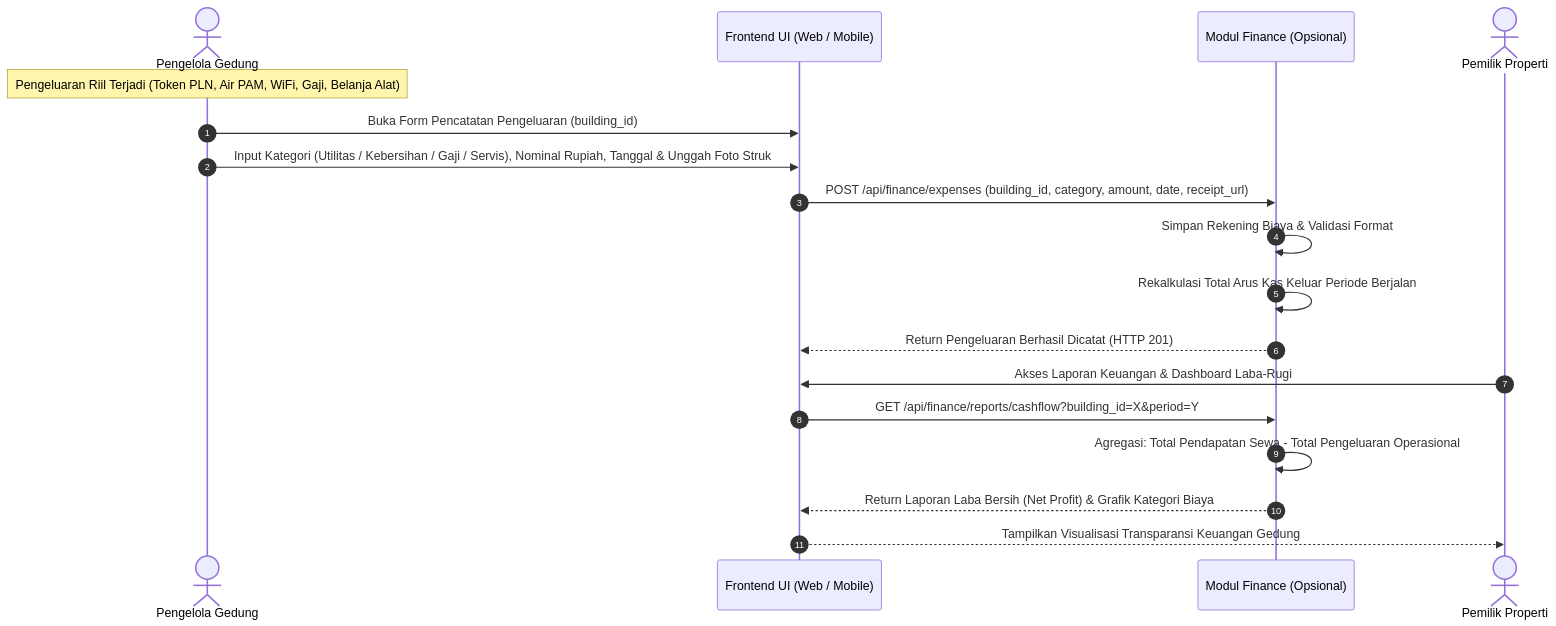
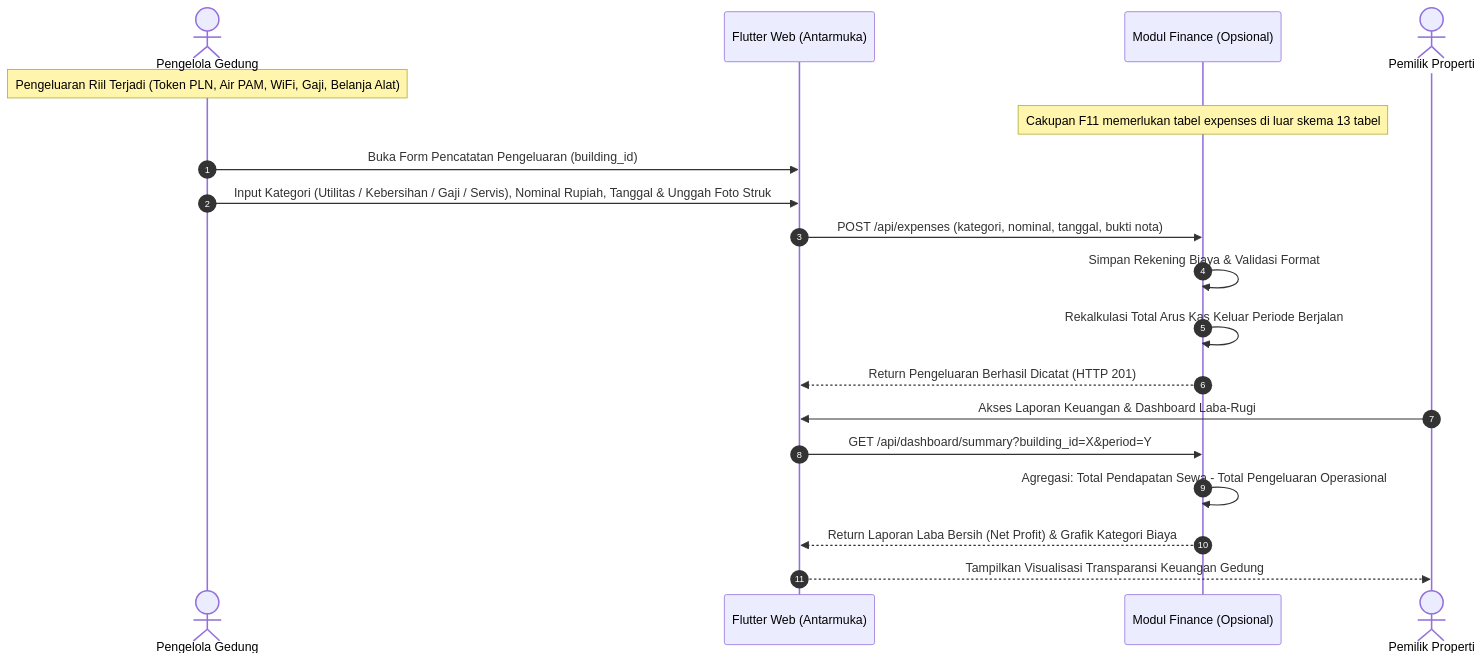
Before and after one commit to ALFIAN-code/management-kost: the diagram in PA/docs/System design/02-BPMN/05_pengeluaran_operasional/alur_pengeluaran_operasional.mmd, drawn with Mermaid. The commit also changed 221 other files, not shown here.

```diff
--- a/PA/docs/System design/02-BPMN/05_pengeluaran_operasional/alur_pengeluaran_operasional.mmd
+++ b/PA/docs/System design/02-BPMN/05_pengeluaran_operasional/alur_pengeluaran_operasional.mmd
@@ -1,21 +1,22 @@
 sequenceDiagram
   autonumber
   actor Admin as Pengelola Gedung
-  participant FE as Frontend UI (Web / Mobile)
+  participant FE as Flutter Web (Antarmuka)
   participant Fin as Modul Finance (Opsional)
   actor Owner as Pemilik Properti
 
   Note over Admin: Pengeluaran Riil Terjadi (Token PLN, Air PAM, WiFi, Gaji, Belanja Alat)
+  Note over Fin: Cakupan F11 memerlukan tabel expenses di luar skema 13 tabel
   Admin->>FE: Buka Form Pencatatan Pengeluaran (building_id)
   Admin->>FE: Input Kategori (Utilitas / Kebersihan / Gaji / Servis), Nominal Rupiah, Tanggal & Unggah Foto Struk
-  FE->>Fin: POST /api/finance/expenses (building_id, category, amount, date, receipt_url)
+  FE->>Fin: POST /api/expenses (kategori, nominal, tanggal, bukti nota)
   
   Fin->>Fin: Simpan Rekening Biaya & Validasi Format
   Fin->>Fin: Rekalkulasi Total Arus Kas Keluar Periode Berjalan
   Fin-->>FE: Return Pengeluaran Berhasil Dicatat (HTTP 201)
 
   Owner->>FE: Akses Laporan Keuangan & Dashboard Laba-Rugi
-  FE->>Fin: GET /api/finance/reports/cashflow?building_id=X&period=Y
+  FE->>Fin: GET /api/dashboard/summary?building_id=X&period=Y
   Fin->>Fin: Agregasi: Total Pendapatan Sewa - Total Pengeluaran Operasional
   Fin-->>FE: Return Laporan Laba Bersih (Net Profit) & Grafik Kategori Biaya
   FE-->>Owner: Tampilkan Visualisasi Transparansi Keuangan Gedung
```
